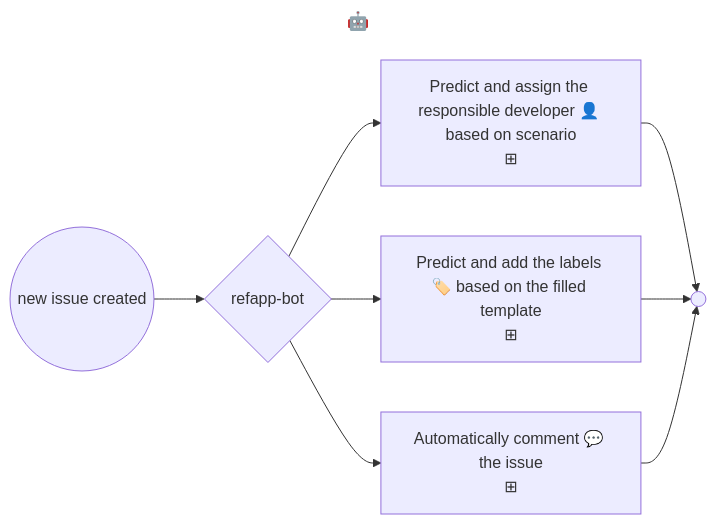
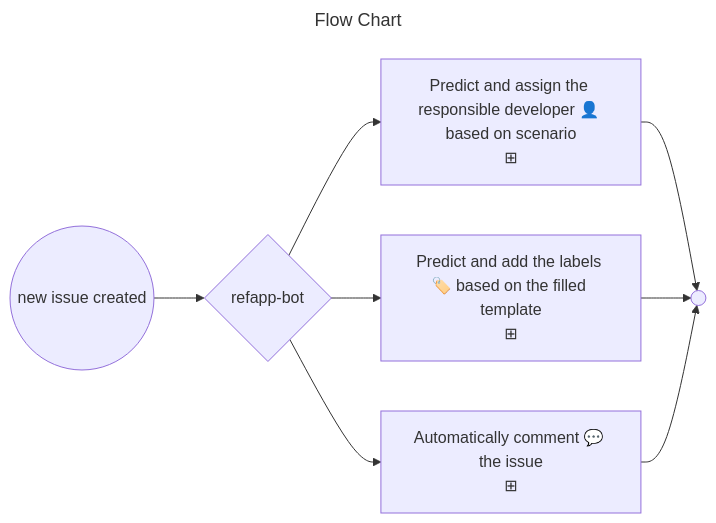
The diagram in README.md (ejazsyed/validation-issue), drawn with Mermaid before and after one commit. The commit also changed other lines of this file, not shown here.

Commit message:
issu-bot

````diff
--- a/README.md
+++ b/README.md
@@ -6,13 +6,13 @@
 ```mermaid
 ---
-title: 🤖
+title: Flow Chart
 ---
 flowchart LR
     start((new issue created)) --> p1{refapp-bot}
     p1 --> assignee["Predict and assign the responsible developer 👤 based on scenario\n⊞"]
     p1 --> label["Predict and add the labels 🏷️ based on the filled template\n⊞"]
     p1 --> comment["Automatically comment 💬 the issue\n⊞"]
     assignee --> e1(( ))
     label --> e1
     comment --> e1
 ```
````
